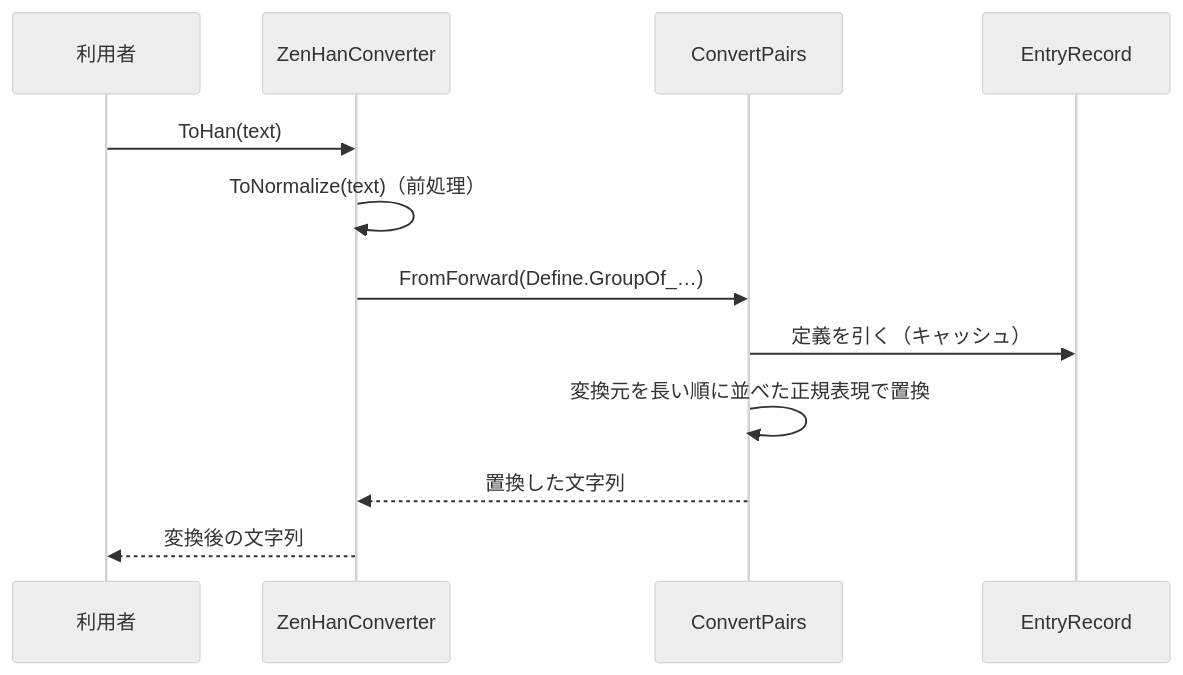
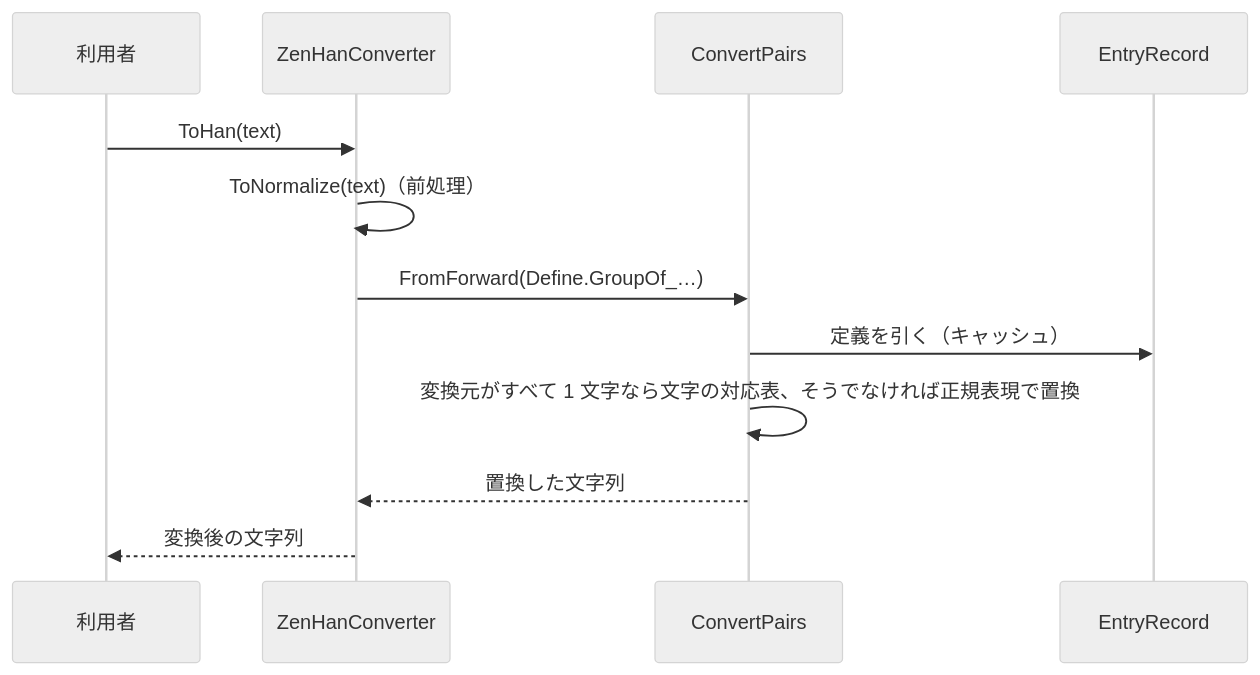
Before and after one commit to tomokuni/EsUtil: the second of 2 diagrams in EsUtil/Feature.ZenHan.Core/docs/SPEC_System.md, drawn with Mermaid (neutral theme). The commit also changed other lines of this file and 5 other files, not shown here.

````diff
--- a/EsUtil/Feature.ZenHan.Core/docs/SPEC_System.md
+++ b/EsUtil/Feature.ZenHan.Core/docs/SPEC_System.md
@@ -58,14 +58,14 @@
 ```mermaid
 sequenceDiagram
     participant U as 利用者
     participant C as ZenHanConverter
     participant P as ConvertPairs
     participant R as EntryRecord
     U->>C: ToHan(text)
     C->>C: ToNormalize(text)（前処理）
     C->>P: FromForward(Define.GroupOf_…)
     P->>R: 定義を引く（キャッシュ）
-    P->>P: 変換元を長い順に並べた正規表現で置換
+    P->>P: 変換元がすべて 1 文字なら文字の対応表、そうでなければ正規表現で置換
     P-->>C: 置換した文字列
     C-->>U: 変換後の文字列
 ```
````
